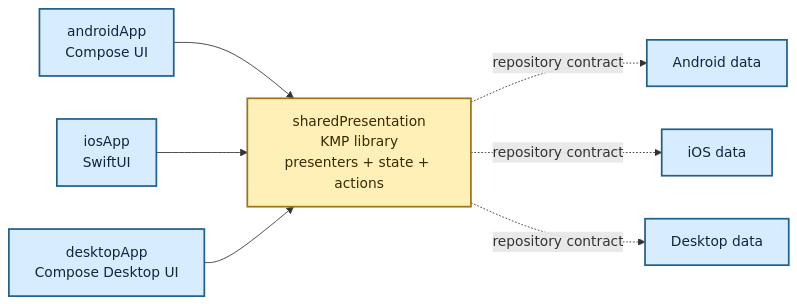
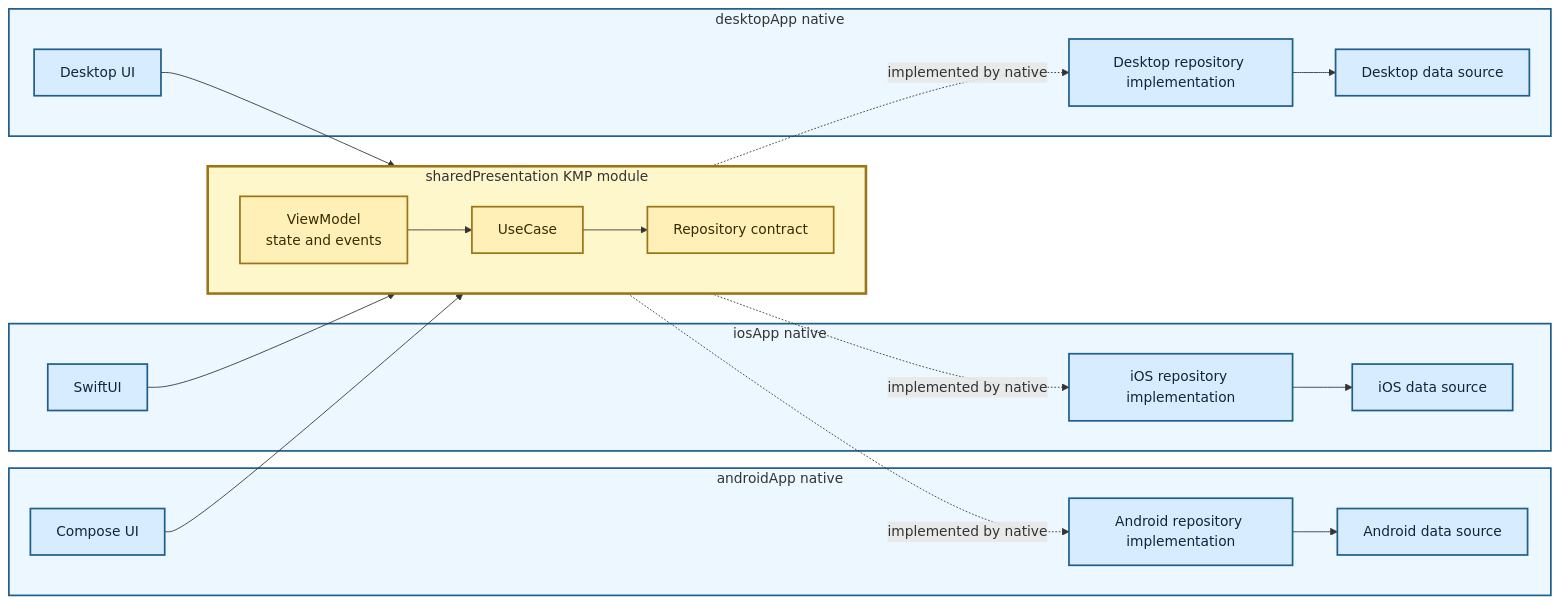
The diagram in diagrams/06-kmp-presentation-layer.md (TheSetox/kmp-sample-diagrams), drawn with Mermaid before and after one commit. The commit also changed 18 other files, not shown here.

Commit message:
docs: clarify kmp and native diagram boundaries

````diff
--- a/diagrams/06-kmp-presentation-layer.md
+++ b/diagrams/06-kmp-presentation-layer.md
@@ -5,25 +5,48 @@
 ```mermaid
 flowchart LR
-  SharedPresentation["sharedPresentation\nKMP library\npresenters + state + actions"]
+  subgraph Android["androidApp native"]
+    AndroidUI["Compose UI"]
+    AndroidData["Android repository implementation"]
+    AndroidSource["Android data source"]
+    AndroidData --> AndroidSource
+  end
 
-  AndroidUI["androidApp\nCompose UI"]
-  IOSUI["iosApp\nSwiftUI"]
-  DesktopUI["desktopApp\nCompose Desktop UI"]
+  subgraph IOS["iosApp native"]
+    IOSUI["SwiftUI"]
+    IOSData["iOS repository implementation"]
+    IOSSource["iOS data source"]
+    IOSData --> IOSSource
+  end
 
-  AndroidData["Android data"]
-  IOSData["iOS data"]
-  DesktopData["Desktop data"]
+  subgraph Desktop["desktopApp native"]
+    DesktopUI["Desktop UI"]
+    DesktopData["Desktop repository implementation"]
+    DesktopSource["Desktop data source"]
+    DesktopData --> DesktopSource
+  end
 
-  AndroidUI --> SharedPresentation
-  IOSUI --> SharedPresentation
-  DesktopUI --> SharedPresentation
+  subgraph KMP["sharedPresentation KMP module"]
+    direction LR
+    VM["ViewModel\nstate and events"]
+    UseCase["UseCase"]
+    RepositoryPort["Repository contract"]
+    VM --> UseCase --> RepositoryPort
+  end
 
-  SharedPresentation -. "repository contract" .-> AndroidData
-  SharedPresentation -. "repository contract" .-> IOSData
-  SharedPresentation -. "repository contract" .-> DesktopData
+  AndroidUI --> VM
+  IOSUI --> VM
+  DesktopUI --> VM
+
+  RepositoryPort -. "implemented by native" .-> AndroidData
+  RepositoryPort -. "implemented by native" .-> IOSData
+  RepositoryPort -. "implemented by native" .-> DesktopData
 
   classDef app fill:#d8ecff,stroke:#1f5f8b,color:#0f2738,stroke-width:2px;
-  classDef shared fill:#fff0b8,stroke:#9b7415,color:#3b2a00,stroke-width:2px;
-  class AndroidUI,IOSUI,DesktopUI,AndroidData,IOSData,DesktopData app;
-  class SharedPresentation shared;
+  classDef kmp fill:#fff0b8,stroke:#9b7415,color:#3b2a00,stroke-width:2px;
+  class AndroidUI,AndroidData,AndroidSource,IOSUI,IOSData,IOSSource,DesktopUI,DesktopData,DesktopSource app;
+  class VM,UseCase,RepositoryPort kmp;
+  style Android fill:#edf7ff,stroke:#1f5f8b,stroke-width:2px
+  style IOS fill:#edf7ff,stroke:#1f5f8b,stroke-width:2px
+  style Desktop fill:#edf7ff,stroke:#1f5f8b,stroke-width:2px
+  style KMP fill:#fff7cc,stroke:#9b7415,stroke-width:3px
 ```
````
